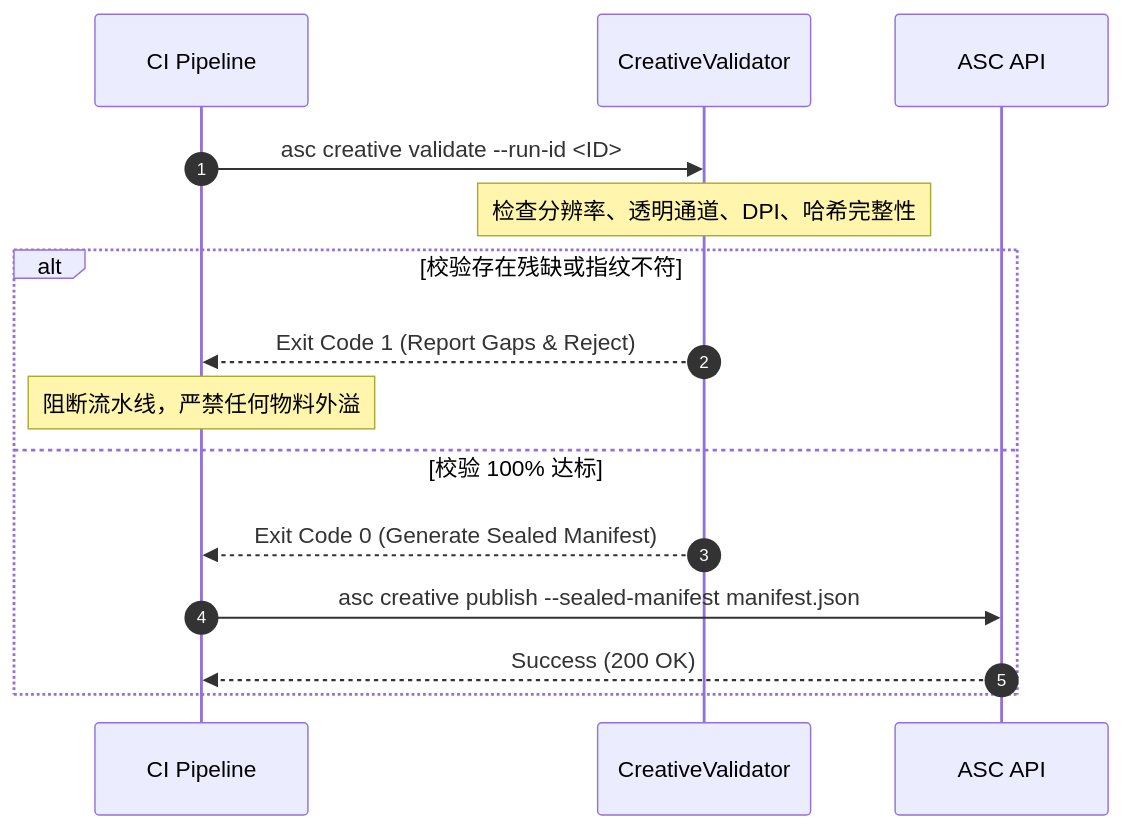
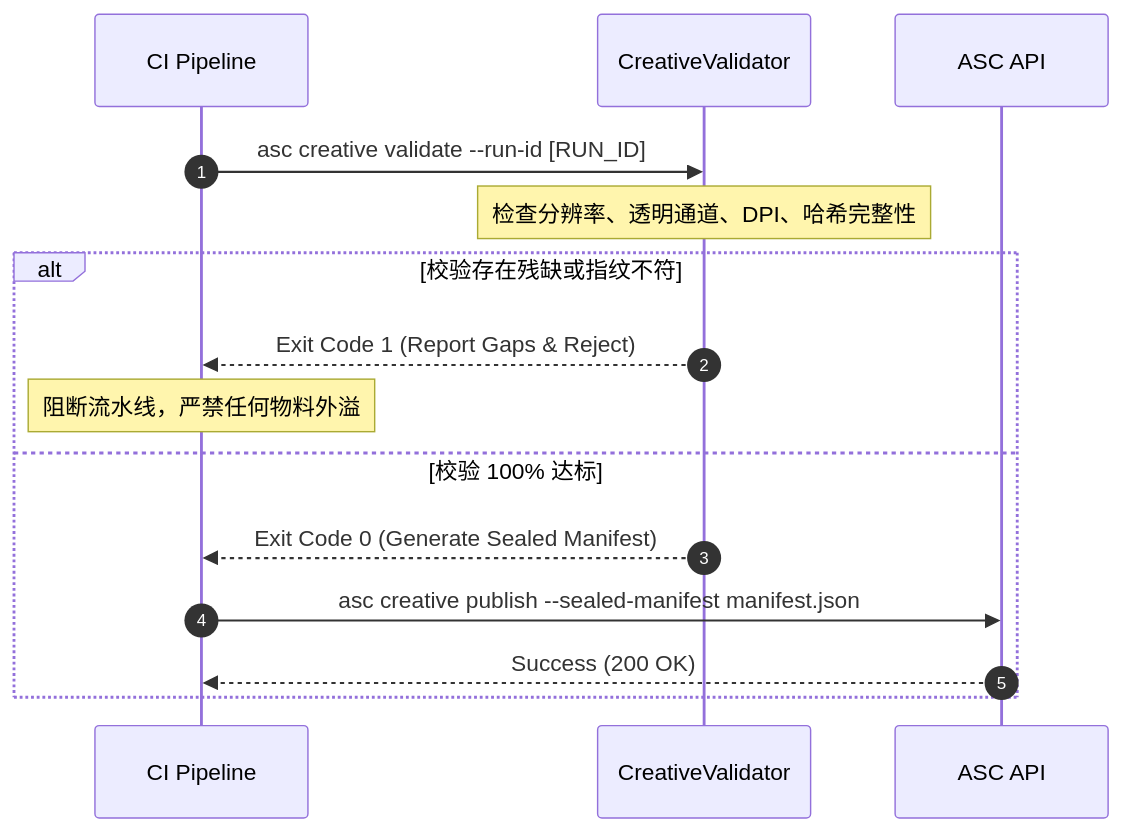
One commit to RbBtSn0w/rbbtsn0w.github.io changed the second of 2 diagrams in _posts/2026-10-19-app-store-creative-provenance-audit-architecture.md. Above: the diagram before and after it, drawn with Mermaid. The commit also changed 1 other file, not shown here.

Commit message:
fix(blog): sanitize mermaid syntax in creative provenance post and review brief

````diff
--- a/_posts/2026-10-19-app-store-creative-provenance-audit-architecture.md
+++ b/_posts/2026-10-19-app-store-creative-provenance-audit-architecture.md
@@ -151,18 +151,18 @@
 ```mermaid
 sequenceDiagram
     autonumber
     participant Dev as CI Pipeline
     participant Validator as CreativeValidator
     participant Store as ASC API
 
-    Dev->>Validator: asc creative validate --run-id <ID>
+    Dev->>Validator: asc creative validate --run-id [RUN_ID]
     Note over Validator: 检查分辨率、透明通道、DPI、哈希完整性
     alt 校验存在残缺或指纹不符
         Validator-->>Dev: Exit Code 1 (Report Gaps & Reject)
         Note over Dev: 阻断流水线，严禁任何物料外溢
     else 校验 100% 达标
         Validator-->>Dev: Exit Code 0 (Generate Sealed Manifest)
         Dev->>Store: asc creative publish --sealed-manifest manifest.json
         Store-->>Dev: Success (200 OK)
     end
 ```
````
